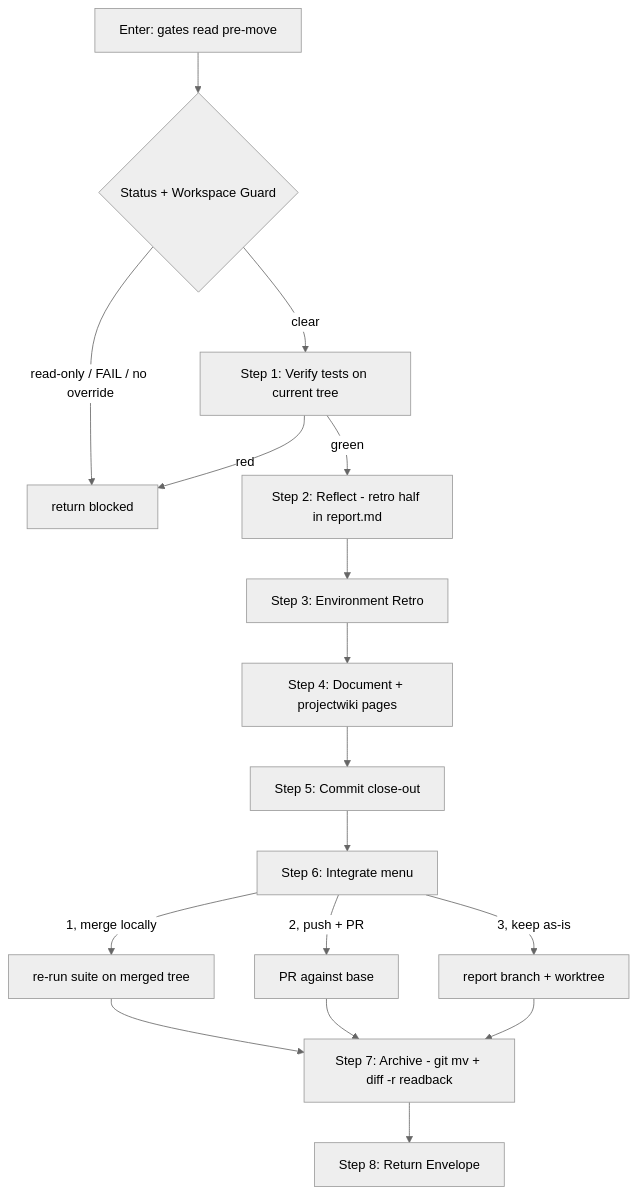
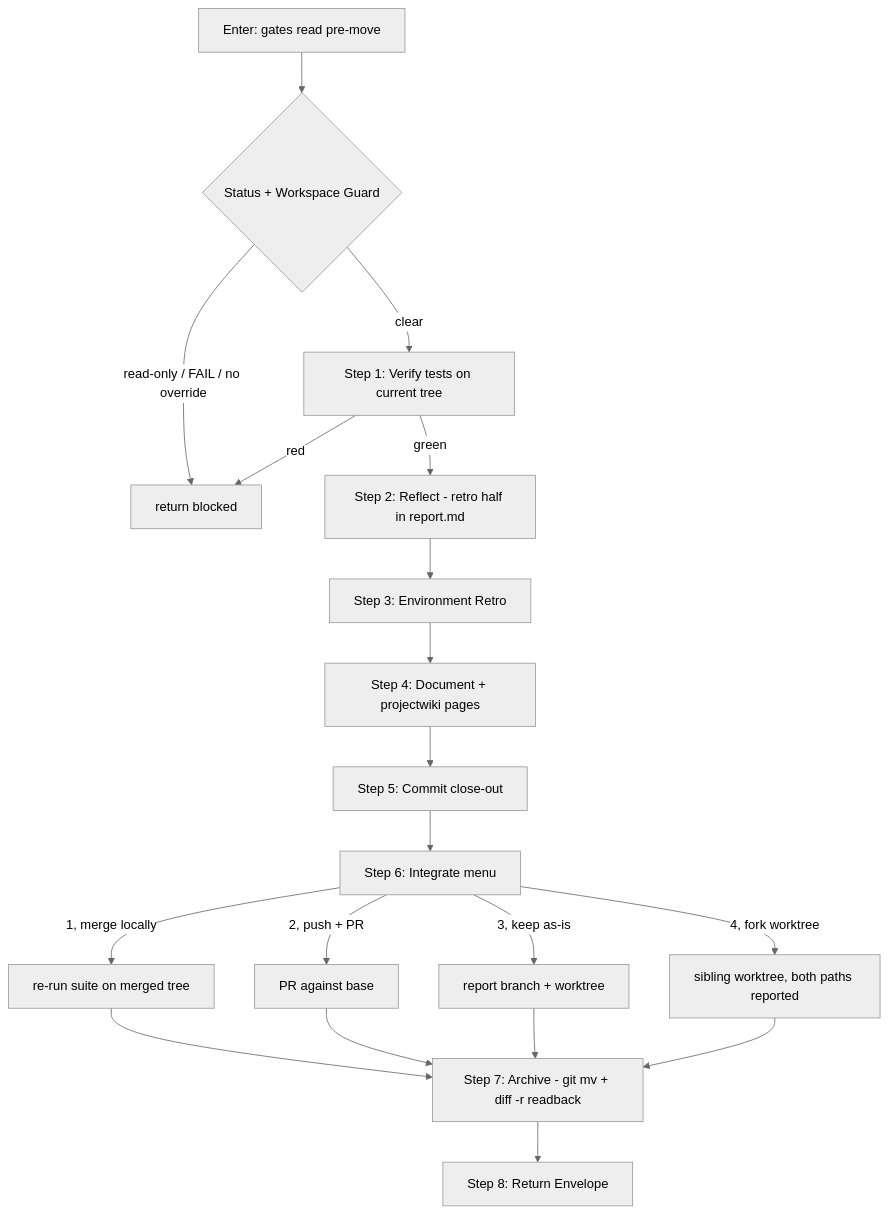
One commit to devopstales/skillgrid changed the diagram in .agents/skills/ship/SKILL.md. Above: the diagram before and after it, drawn with Mermaid (neutral theme). The commit also changed other lines of this file and 1 other file, not shown here.

````diff
--- a/.agents/skills/ship/SKILL.md
+++ b/.agents/skills/ship/SKILL.md
@@ -44,19 +47,21 @@
 ```mermaid
 flowchart TD
     A[Enter: gates read pre-move] --> B{Status + Workspace Guard}
     B -->|read-only / FAIL / no override| X[return blocked]
     B -->|clear| C[Step 1: Verify tests on current tree]
     C -->|red| X
     C -->|green| D[Step 2: Reflect - retro half in report.md]
     D --> E[Step 3: Environment Retro]
     E --> F[Step 4: Document + projectwiki pages]
     F --> G[Step 5: Commit close-out]
     G --> H[Step 6: Integrate menu]
     H -->|1, merge locally| I[re-run suite on merged tree]
     H -->|2, push + PR| J[PR against base]
     H -->|3, keep as-is| K[report branch + worktree]
+    H -->|4, fork worktree| O[sibling worktree, both paths reported]
     I --> L[Step 7: Archive - git mv + diff -r readback]
     J --> L
     K --> L
+    O --> L
     L --> M[Step 8: Return Envelope]
 ```
````
